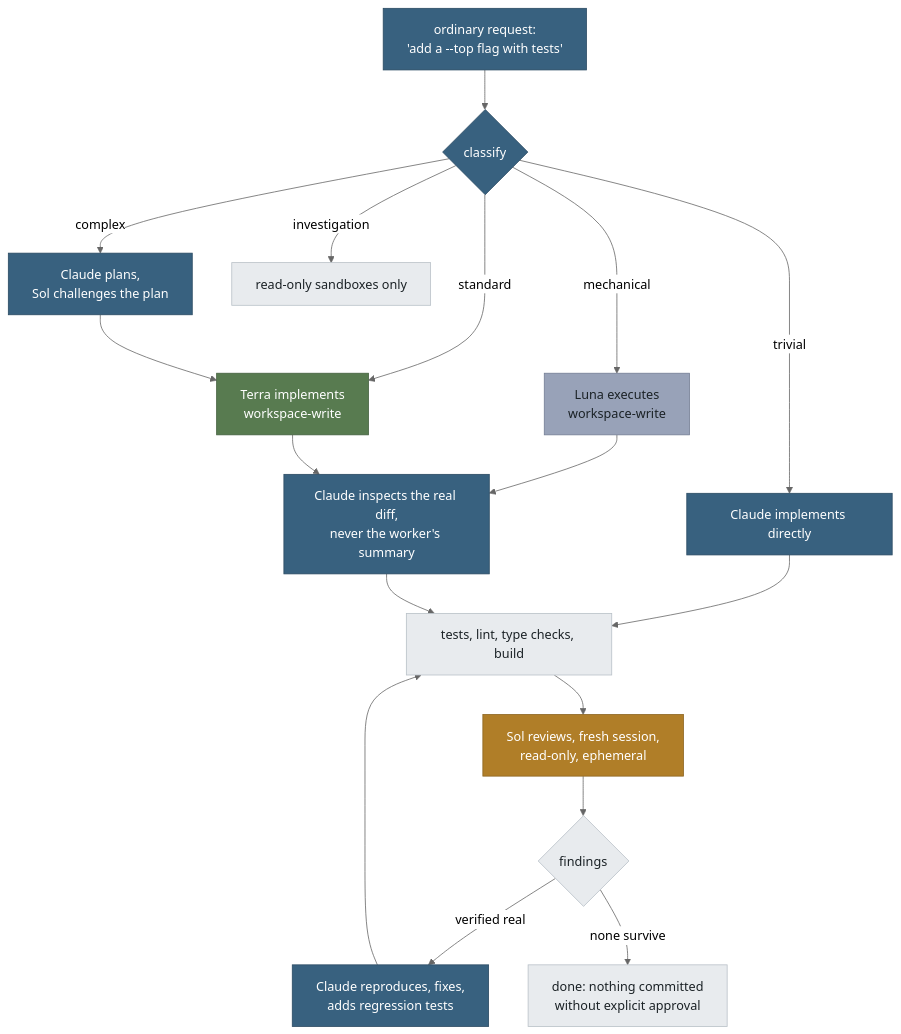
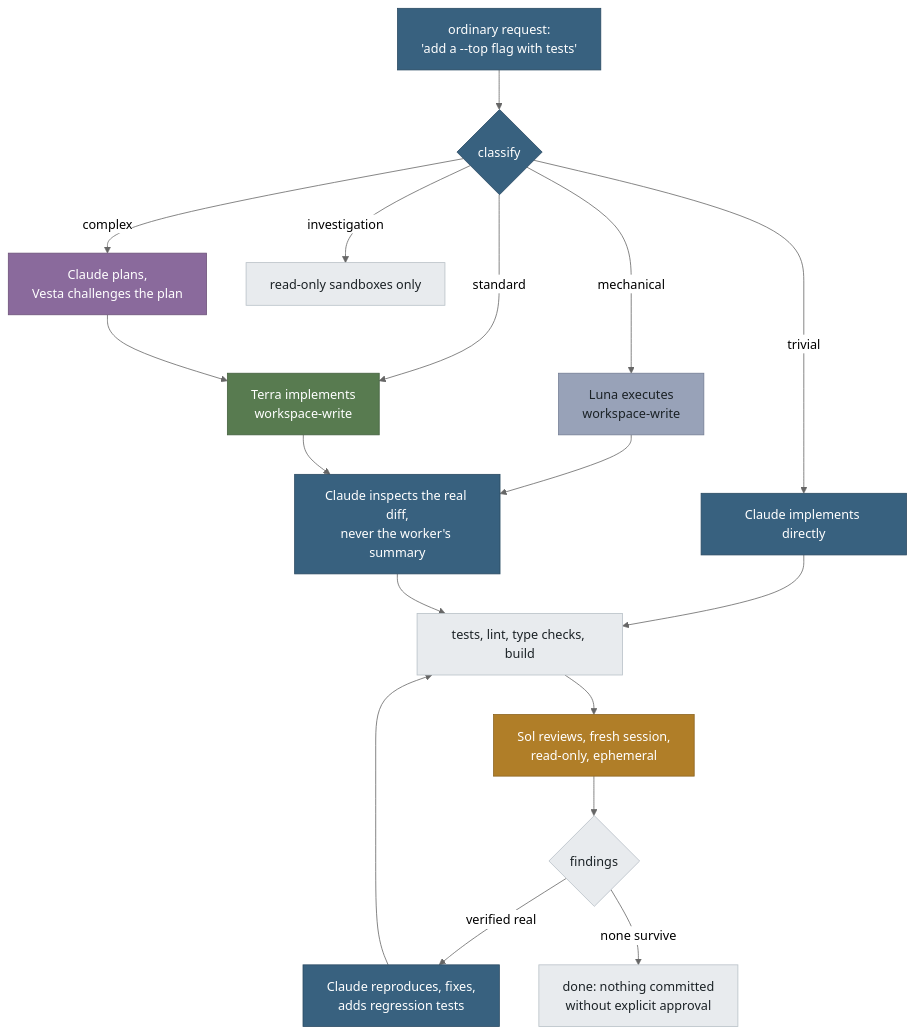
Before and after one commit to nikfilippas/orrery: the first of 2 diagrams in README.md, drawn with Mermaid (neutral theme). The commit also changed other lines of this file and 10 other files, not shown here.

````diff
--- a/README.md
+++ b/README.md
@@ -29,28 +29,30 @@
 ```mermaid
 flowchart TD
     U["ordinary request:<br/>'add a --top flag with tests'"] --> C{classify}
     C -->|trivial| K[Claude implements directly]
     C -->|mechanical| L[Luna executes<br/>workspace-write]
     C -->|standard| T[Terra implements<br/>workspace-write]
-    C -->|complex| P[Claude plans,<br/>Sol challenges the plan] --> T
+    C -->|complex| P[Claude plans,<br/>Vesta challenges the plan] --> T
     C -->|investigation| R[read-only sandboxes only]
     L --> I[Claude inspects the real diff,<br/>never the worker's summary]
     T --> I
     K --> V
     I --> V[tests, lint, type checks, build]
     V --> S[Sol reviews, fresh session,<br/>read-only, ephemeral]
     S --> F{findings}
     F -->|verified real| X[Claude reproduces, fixes,<br/>adds regression tests] --> V
     F -->|none survive| D[done: nothing committed<br/>without explicit approval]
 
     classDef claude fill:#38617f,stroke:#2a4a62,color:#ffffff
     classDef luna fill:#98a2b8,stroke:#737d94,color:#1b2226
     classDef terra fill:#587b50,stroke:#44603e,color:#ffffff
+    classDef vesta fill:#8a6a9c,stroke:#6d5279,color:#ffffff
     classDef sol fill:#b07e28,stroke:#8c641f,color:#ffffff
     classDef quiet fill:#e8ebee,stroke:#b8c0c7,color:#1b2226
-    class U,C,K,I,P,X claude
+    class U,C,K,I,X claude
     class L luna
     class T terra
+    class P vesta
     class S sol
     class R,V,F,D quiet
 ```
````
